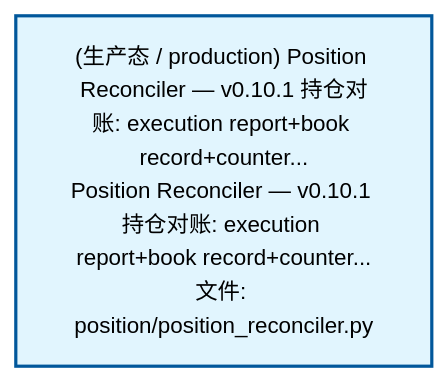
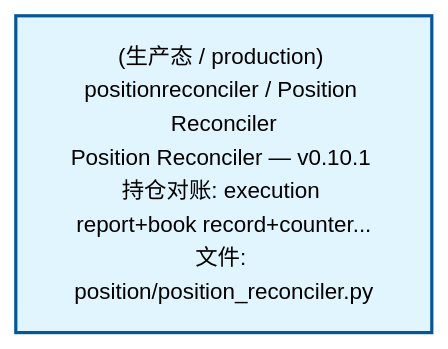
One commit to xuanFelixVan/ZephyrAlpha changed the first of 2 diagrams in docs/02_enterprise_architecture/02_domain_architecture_docs/64_d_position.md. Above: the diagram before and after it, drawn with Mermaid. The commit also changed 49 other files, not shown here.

````diff
--- a/docs/02_enterprise_architecture/02_domain_architecture_docs/64_d_position.md
+++ b/docs/02_enterprise_architecture/02_domain_architecture_docs/64_d_position.md
@@ -53,10 +53,10 @@
 ```mermaid
 %%{init: {'theme': 'base', 'themeVariables': {'primaryColor': '#eaeaea', 'primaryTextColor': '#333333', 'primaryBorderColor': '#666666', 'lineColor': '#666666', 'secondaryColor': '#eaeaea', 'tertiaryColor': '#eaeaea', 'fontSize': '14px'}}}%%
 flowchart TD
-    src_zephyr_position_position_reconciler_py["(生产态 / production) Position Reconciler — v0.10.1 持仓对账: execution report+book record+counter...<br/>Position Reconciler — v0.10.1 持仓对账: execution report+book record+counter...<br/>文件: position/position_reconciler.py"]
+    src_zephyr_position_position_reconciler_py["(生产态 / production) positionreconciler / Position Reconciler<br/>Position Reconciler — v0.10.1 持仓对账: execution report+book record+counter...<br/>文件: position/position_reconciler.py"]
     classDef production fill:#e1f5fe,stroke:#01579b,stroke-width:2px,color:#000
     classDef design fill:#fff3e0,stroke:#e65100,stroke-width:2px,color:#000,stroke-dasharray: 5 5
     classDef external_prod fill:#e8f4fd,stroke:#0277bd,stroke-width:1px,color:#000
     classDef external_design fill:#fff8e7,stroke:#ef6c00,stroke-width:1px,color:#000,stroke-dasharray: 5 5
     class src_zephyr_position_position_reconciler_py production
 ```
````
